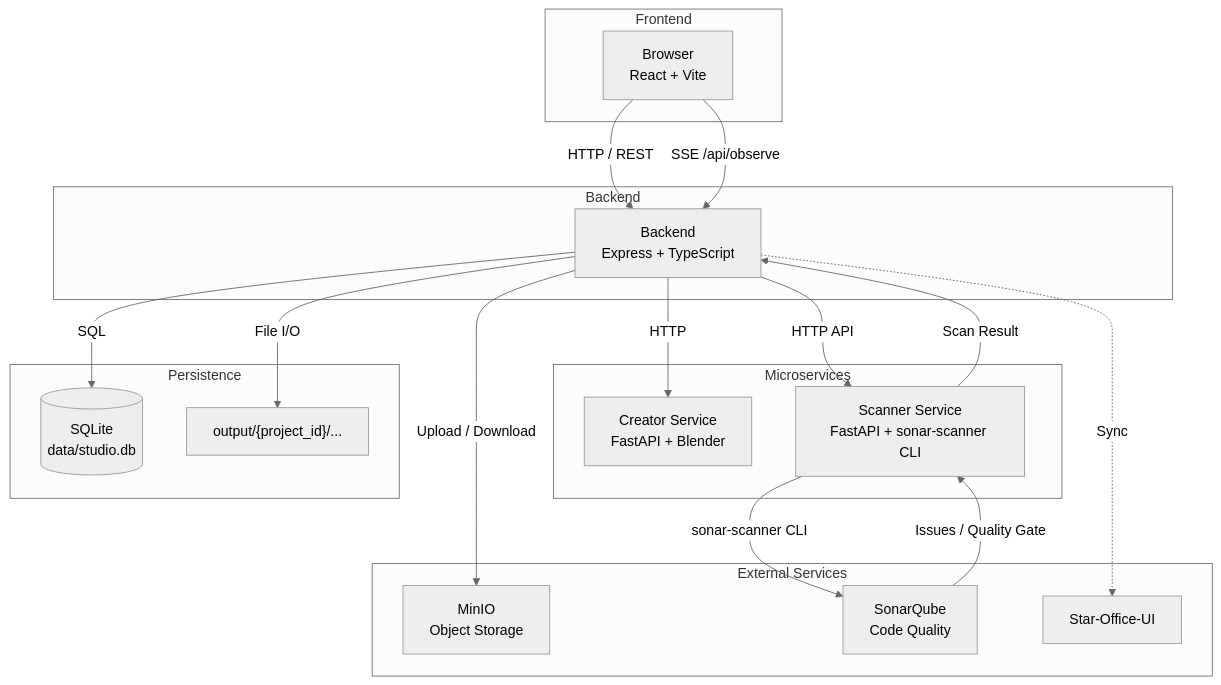
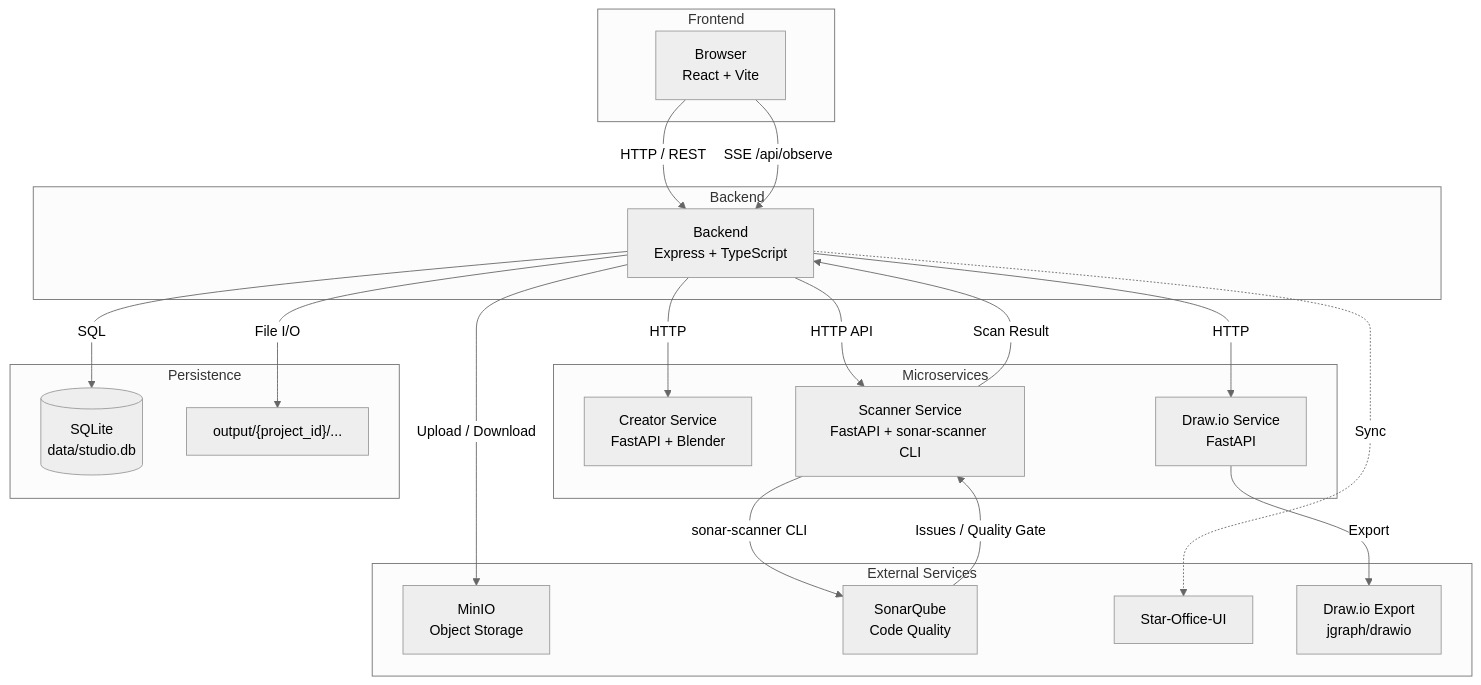
One commit to luoxiaojun1992/game-studio changed the diagram in docs/ARCHITECTURE.md. Above: the diagram before and after it, drawn with Mermaid (neutral theme). The commit also changed other lines of this file and 15 other files, not shown here.

````diff
--- a/docs/ARCHITECTURE.md
+++ b/docs/ARCHITECTURE.md
@@ -18,40 +18,44 @@
 ```mermaid
 graph TB
     subgraph "Frontend"
         Browser["Browser<br/>React + Vite"]
     end
 
     subgraph "Backend"
         BE["Backend<br/>Express + TypeScript"]
     end
 
     subgraph "External Services"
         MinIO["MinIO<br/>Object Storage"]
         Sonar["SonarQube<br/>Code Quality"]
         StarOffice["Star-Office-UI"]
+        DrawioExport["Draw.io Export<br/>jgraph/drawio"]
     end
 
     subgraph "Microservices"
         Creator["Creator Service<br/>FastAPI + Blender"]
+        Drawio["Draw.io Service<br/>FastAPI"]
         Scanner["Scanner Service<br/>FastAPI + sonar-scanner CLI"]
     end
 
     subgraph "Persistence"
         SQLite[("SQLite<br/>data/studio.db")]
         Output["output/{project_id}/..."]
     end
 
     Browser -->|HTTP / REST| BE
     Browser -->|SSE /api/observe| BE
 
     BE -->|HTTP| Creator
+    BE -->|HTTP| Drawio
     BE -->|Upload / Download| MinIO
     BE -->|SQL| SQLite
     BE -->|File I/O| Output
     BE -->|HTTP API| Scanner
     BE -.->|Sync| StarOffice
+    Drawio -->|Export| DrawioExport
 
     Scanner -->|sonar-scanner CLI| Sonar
     Sonar -->|Issues / Quality Gate| Scanner
     Scanner -->|Scan Result| BE
 ```
````
